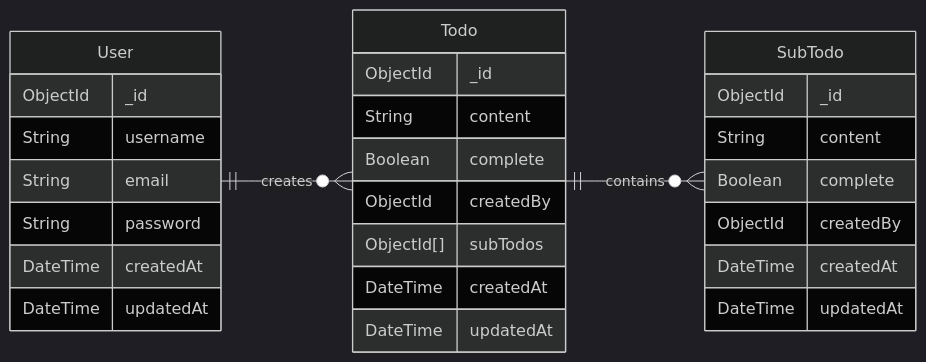
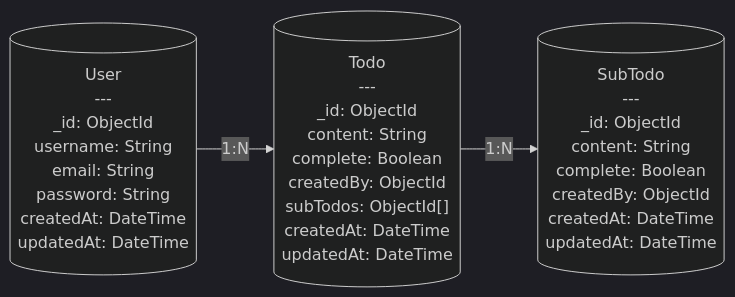
One commit to siddharthkumarrai/node.js_Backend_Guide changed the diagram in README.md. Above: the diagram before and after it, drawn with Mermaid (dark theme). The commit also changed other lines of this file, not shown here.

````diff
--- a/README.md
+++ b/README.md
@@ -343,35 +341,33 @@
 ```mermaid
-erDiagram
-    direction LR
-    
-    User {
-        ObjectId _id
-        String username
-        String email
-        String password
-        DateTime createdAt
-        DateTime updatedAt
-    }
+graph LR
+    User[("User
+    ---
+    _id: ObjectId
+    username: String
+    email: String
+    password: String
+    createdAt: DateTime
+    updatedAt: DateTime")]
 
-    Todo {
-        ObjectId _id
-        String content
-        Boolean complete
-        ObjectId createdBy
-        ObjectId[] subTodos
-        DateTime createdAt
-        DateTime updatedAt
-    }
+    Todo[("Todo
+    ---
+    _id: ObjectId
+    content: String
+    complete: Boolean
+    createdBy: ObjectId
+    subTodos: ObjectId[]
+    createdAt: DateTime
+    updatedAt: DateTime")]
 
-    SubTodo {
-        ObjectId _id
-        String content
-        Boolean complete
-        ObjectId createdBy
-        DateTime createdAt
-        DateTime updatedAt
-    }
+    SubTodo[("SubTodo
+    ---
+    _id: ObjectId
+    content: String
+    complete: Boolean
+    createdBy: ObjectId
+    createdAt: DateTime
+    updatedAt: DateTime")]
 
-    User ||--o{ Todo : creates
-    Todo ||--o{ SubTodo : contains
+    User -->|1:N| Todo
+    Todo -->|1:N| SubTodo
 ```
````
